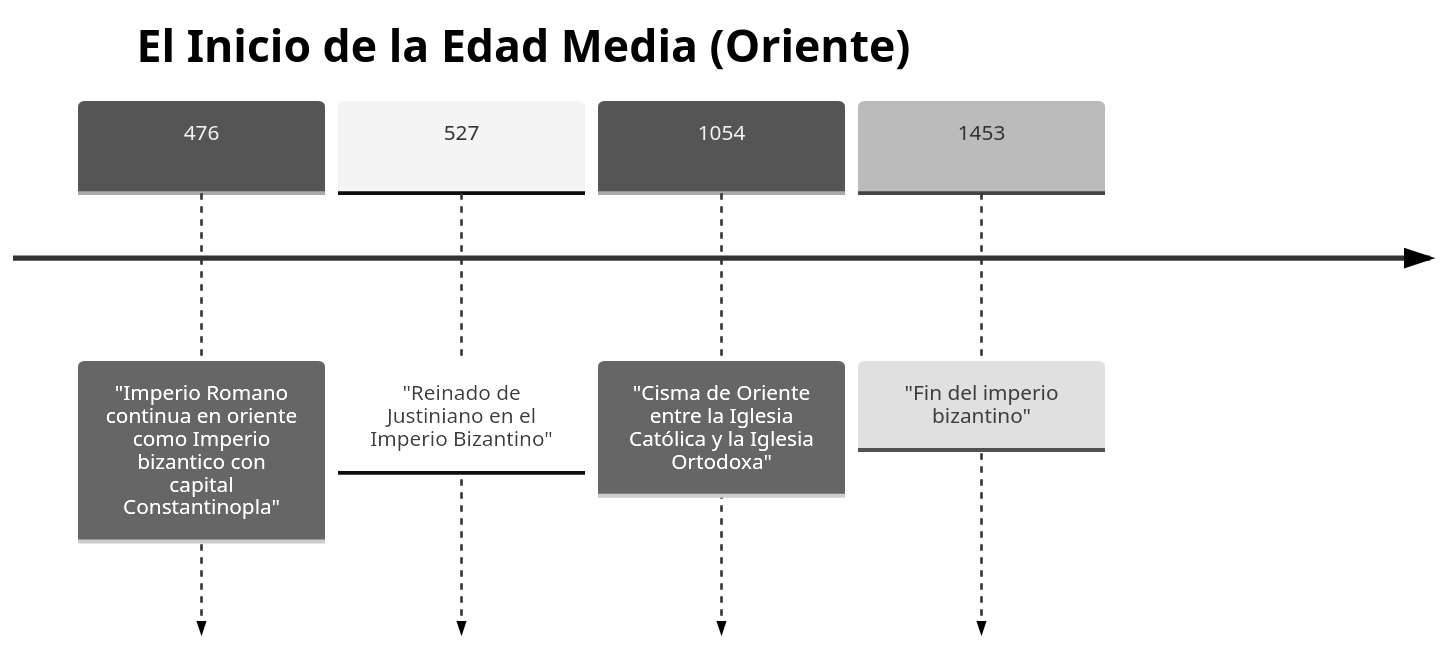
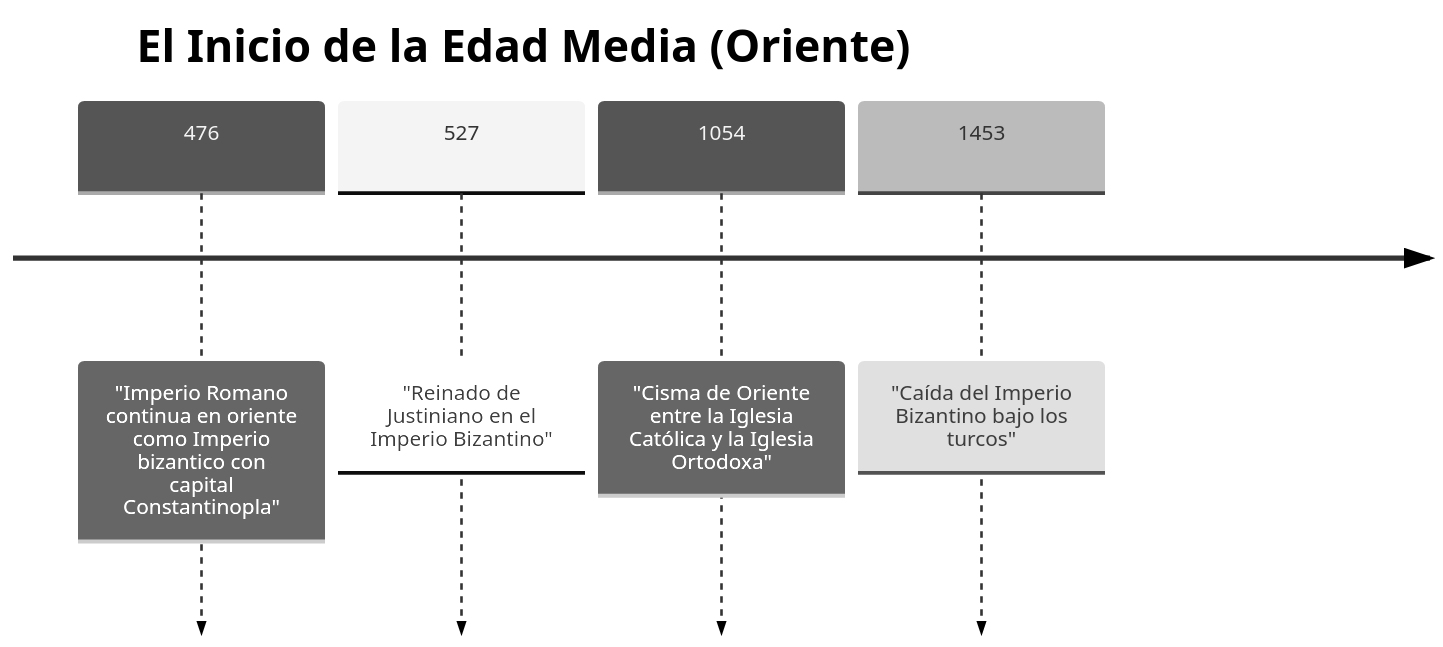
Before and after one commit to ajab138/ESO_Segundo: the second of 2 diagrams in historia/Tema1. Inicio Edad Media.md, drawn with Mermaid (neutral theme).

Commit message:
Update Tema1. Inicio Edad Media.md

````diff
--- a/historia/Tema1. Inicio Edad Media.md
+++ b/historia/Tema1. Inicio Edad Media.md
@@ -13,8 +12,8 @@
 ```mermaid
 timeline
     title El Inicio de la Edad Media (Oriente)
     476 : "Imperio Romano continua en oriente como Imperio bizantico con capital Constantinopla"
     527 : "Reinado de Justiniano en el Imperio Bizantino"
     1054 : "Cisma de Oriente entre la Iglesia Católica y la Iglesia Ortodoxa"
-    1453 : "Fin del imperio bizantino"
+    1453 : "Caída del Imperio Bizantino bajo los turcos"
 ```
````
